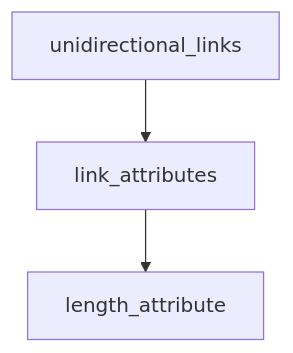
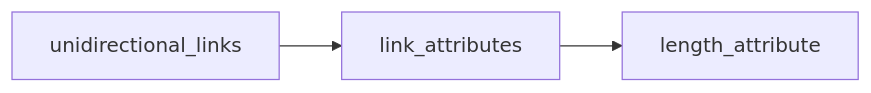
Before and after one commit to anu-kuncheria/mobiliti-network: the diagram in README.md, drawn with Mermaid.

Commit message:
read me updated

````diff
--- a/README.md
+++ b/README.md
@@ -5,4 +5,4 @@
 ```mermaid
-graph TD;
+graph LR;
     unidirectional_links-->link_attributes-->length_attribute;
 ```
````
